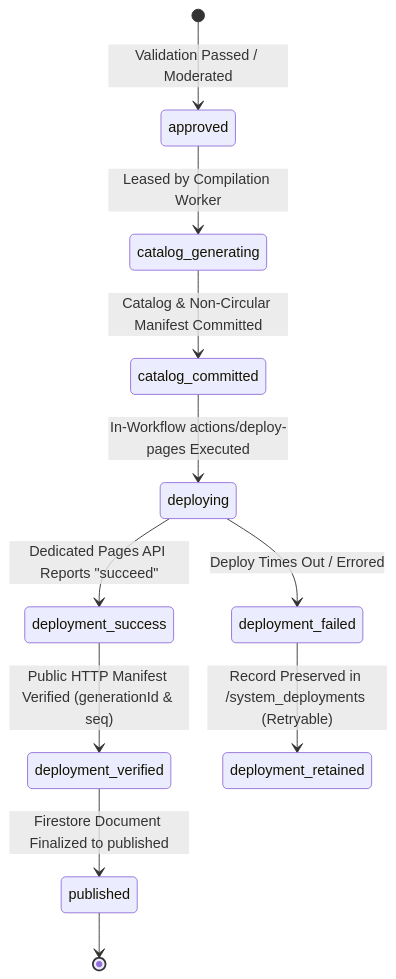
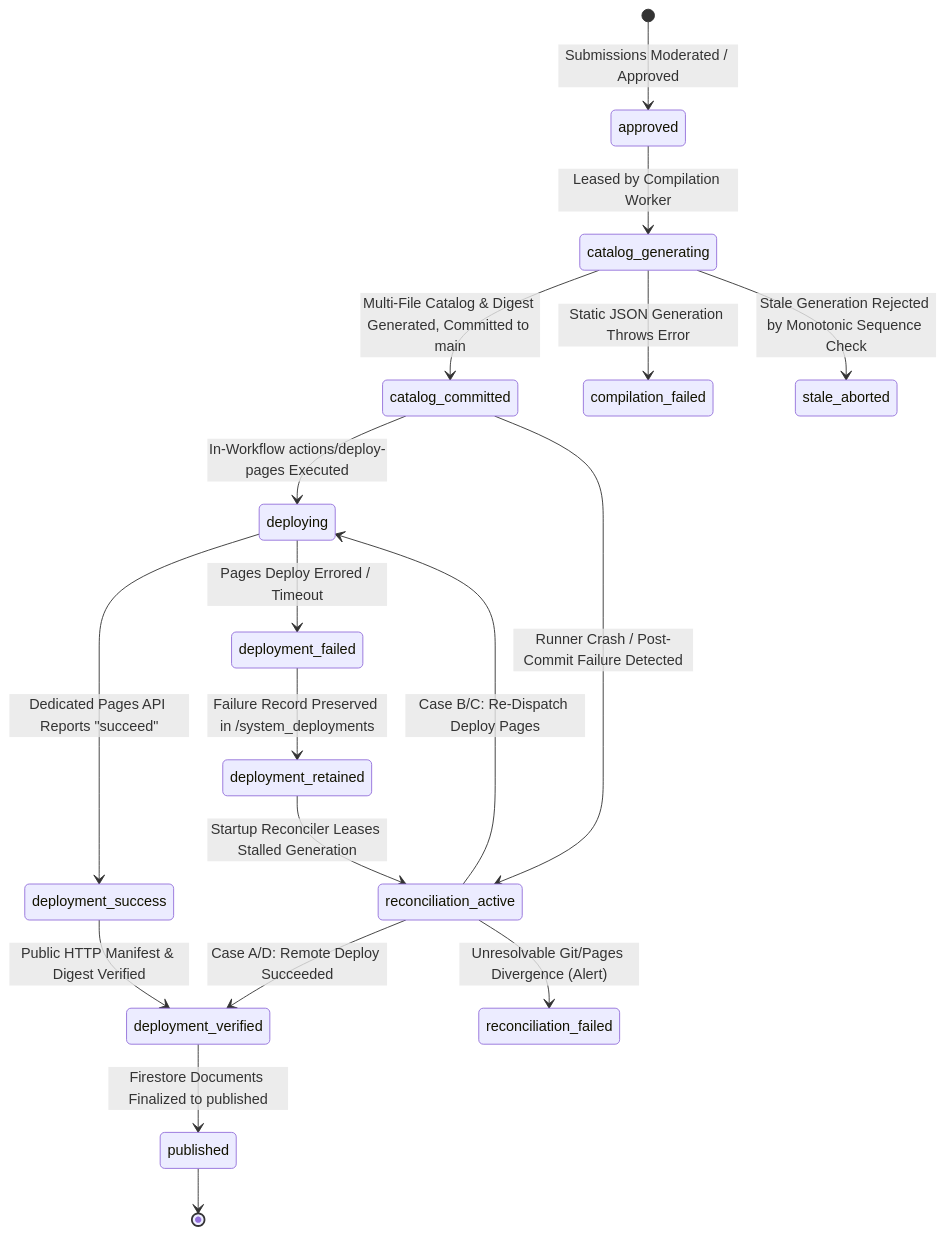
One commit to Rohitpvt/GitStore changed the second of 3 diagrams in docs/ARCHITECTURE.md. Above: the diagram before and after it, drawn with Mermaid. The commit also changed other lines of this file and 13 other files, not shown here.

Commit message:
chore(phase-0.1.5): finalize security rules, step-up auth and deployment recovery audit

````diff
--- a/docs/ARCHITECTURE.md
+++ b/docs/ARCHITECTURE.md
@@ -251,13 +359,24 @@
 ```mermaid
 stateDiagram-v2
-    [*] --> approved: Validation Passed / Moderated
+    [*] --> approved: Submissions Moderated / Approved
     approved --> catalog_generating: Leased by Compilation Worker
-    catalog_generating --> catalog_committed: Catalog & Non-Circular Manifest Committed
+    catalog_generating --> catalog_committed: Multi-File Catalog & Digest Generated, Committed to main
     catalog_committed --> deploying: In-Workflow actions/deploy-pages Executed
     deploying --> deployment_success: Dedicated Pages API Reports "succeed"
-    deployment_success --> deployment_verified: Public HTTP Manifest Verified (generationId & seq)
-    deployment_verified --> published: Firestore Document Finalized to published
-    deploying --> deployment_failed: Deploy Times Out / Errored
-    deployment_failed --> deployment_retained: Record Preserved in /system_deployments (Retryable)
+    deployment_success --> deployment_verified: Public HTTP Manifest & Digest Verified
+    deployment_verified --> published: Firestore Documents Finalized to published
+    
+    %% Failure & Recovery Paths
+    catalog_generating --> compilation_failed: Static JSON Generation Throws Error
+    catalog_committed --> reconciliation_active: Runner Crash / Post-Commit Failure Detected
+    deploying --> deployment_failed: Pages Deploy Errored / Timeout
+    deployment_failed --> deployment_retained: Failure Record Preserved in /system_deployments
+    deployment_retained --> reconciliation_active: Startup Reconciler Leases Stalled Generation
+    reconciliation_active --> deployment_verified: Case A/D: Remote Deploy Succeeded
+    reconciliation_active --> deploying: Case B/C: Re-Dispatch Deploy Pages
+    reconciliation_active --> reconciliation_failed: Unresolvable Git/Pages Divergence (Alert)
+    
+    %% Stale Handling
+    catalog_generating --> stale_aborted: Stale Generation Rejected by Monotonic Sequence Check
     published --> [*]
 ```
````
